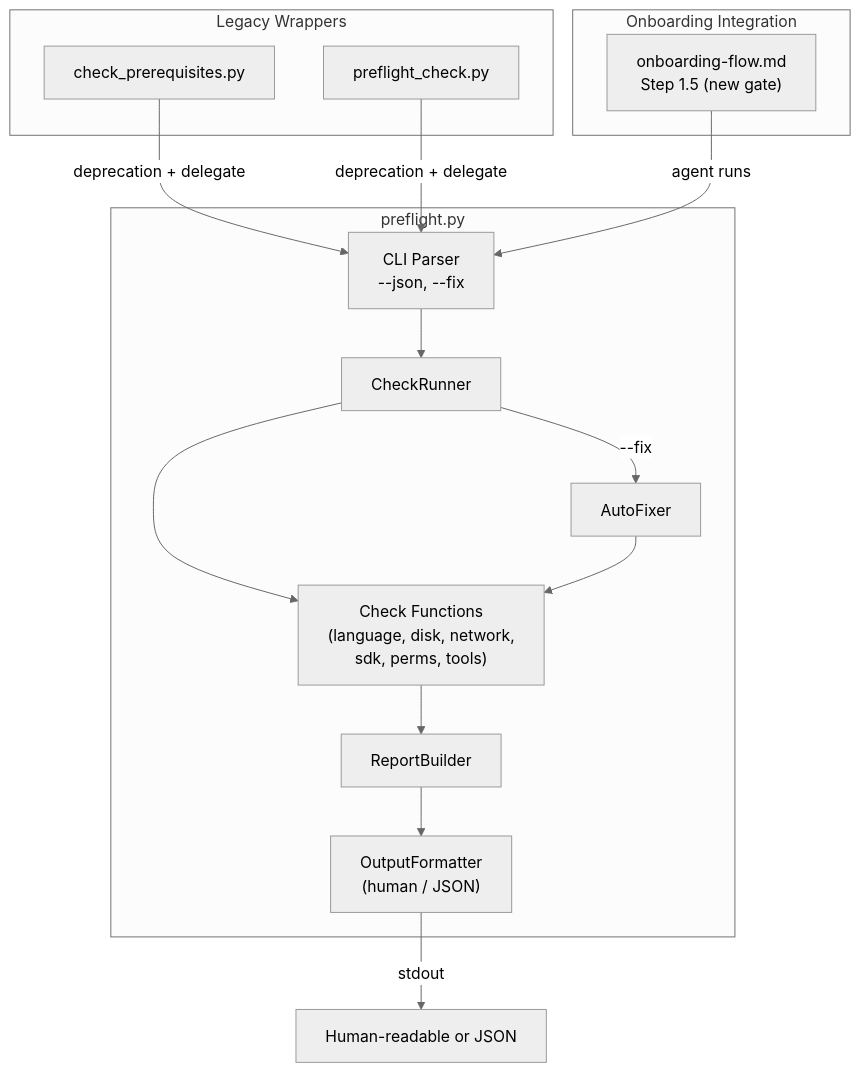
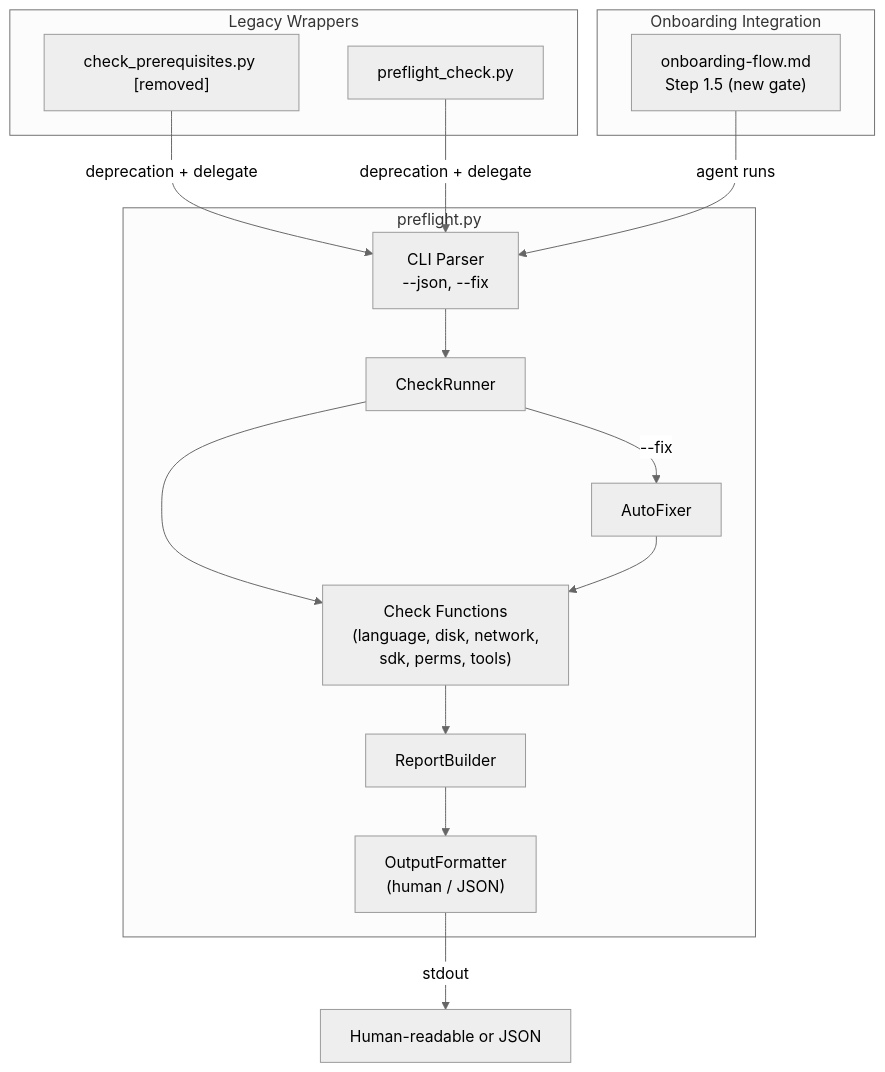
The diagram in .kiro/specs/environment-verification/design.md (docktermj/senzing-bootcamp-kiro-powers), drawn with Mermaid (neutral theme) before and after one commit. The commit also changed other lines of this file and 84 other files, not shown here.

````diff
--- a/.kiro/specs/environment-verification/design.md
+++ b/.kiro/specs/environment-verification/design.md
@@ -15,31 +15,31 @@
 ```mermaid
 graph TD
     subgraph "preflight.py"
         CLI["CLI Parser<br/>--json, --fix"]
         Runner["CheckRunner"]
         Checks["Check Functions<br/>(language, disk, network,<br/>sdk, perms, tools)"]
         Report["ReportBuilder"]
         Formatter["OutputFormatter<br/>(human / JSON)"]
         Fixer["AutoFixer"]
     end
 
     CLI --> Runner
     Runner --> Checks
     Checks --> Report
     Runner -->|--fix| Fixer
     Fixer --> Checks
     Report --> Formatter
     Formatter -->|stdout| Output["Human-readable or JSON"]
 
     subgraph "Legacy Wrappers"
-        CP["check_prerequisites.py"]
+        CP["check_prerequisites.py [removed]"]
         PF["preflight_check.py"]
     end
     CP -->|deprecation + delegate| CLI
     PF -->|deprecation + delegate| CLI
 
     subgraph "Onboarding Integration"
         OF["onboarding-flow.md<br/>Step 1.5 (new gate)"]
     end
     OF -->|"agent runs"| CLI
 ```
````
